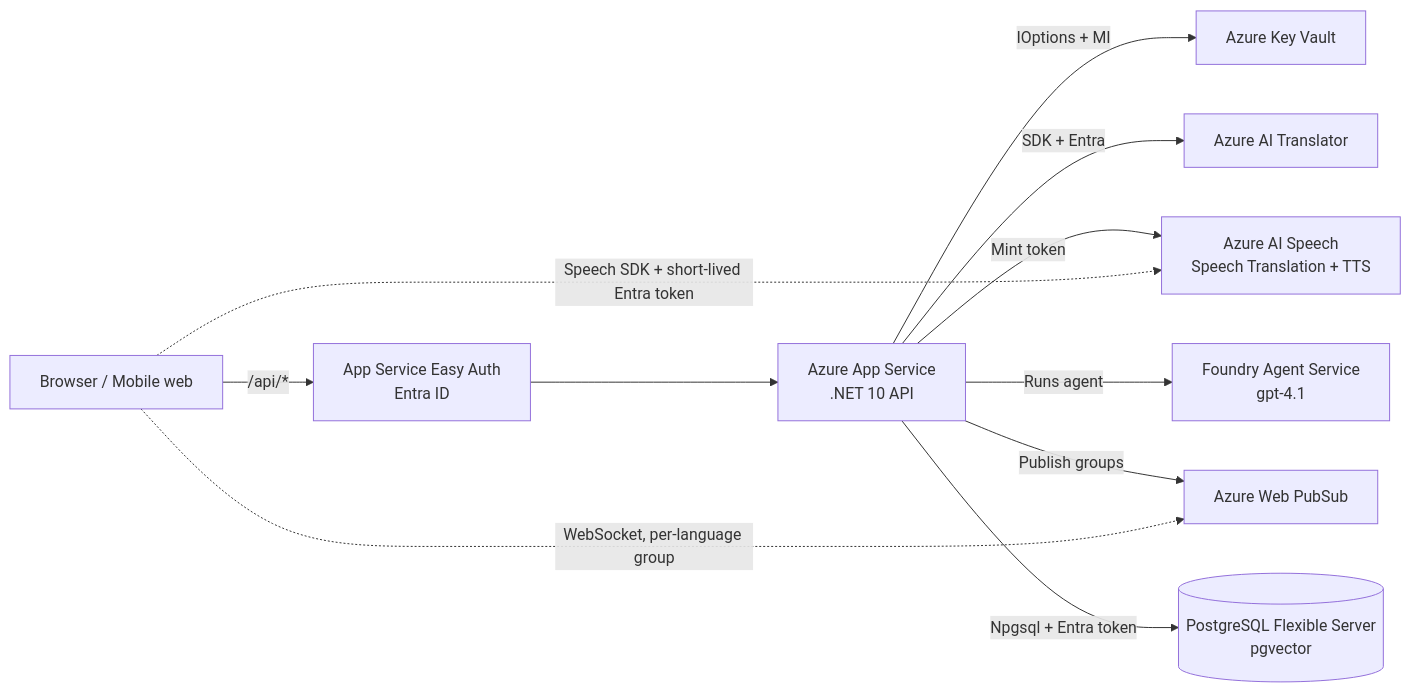
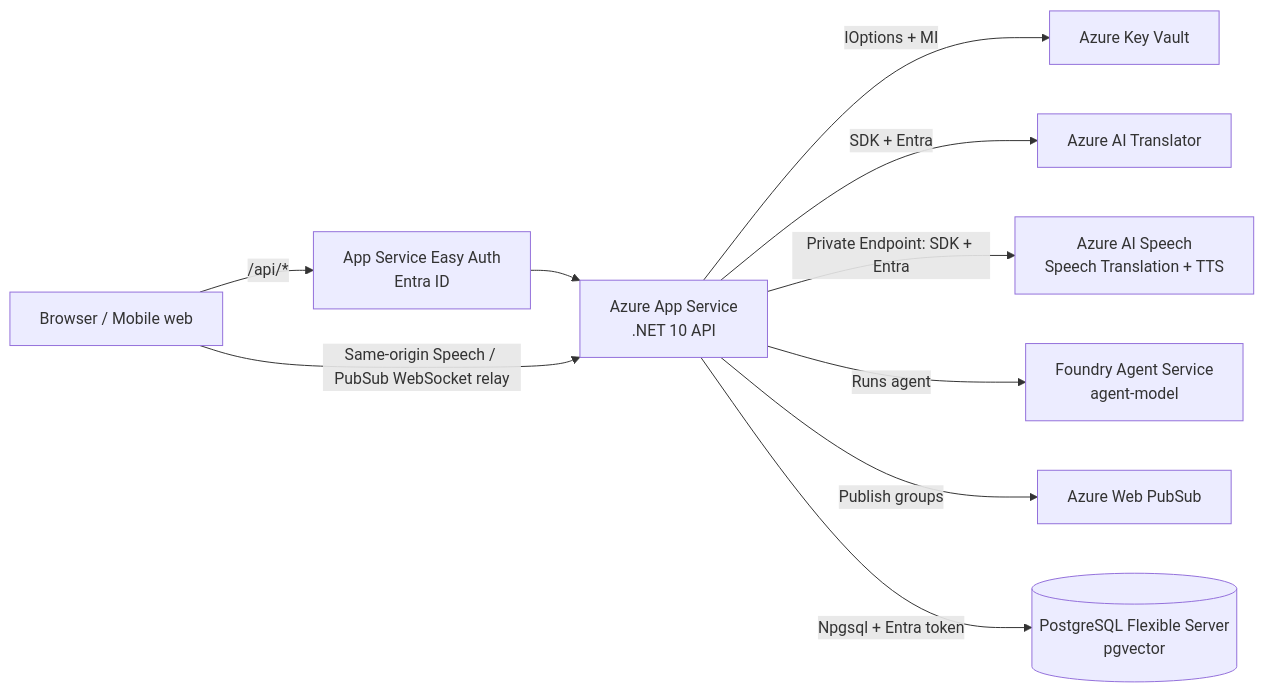
Before and after one commit to Azure-Samples/microsoft-foundry-basic: the diagram in README.md, drawn with Mermaid. The commit also changed other lines of this file and 36 other files, not shown here.

````diff
--- a/README.md
+++ b/README.md
@@ -13,22 +13,21 @@
 ```mermaid
 flowchart LR
   Client[Browser / Mobile web]
   EA[App Service Easy Auth<br/>Entra ID]
   API[Azure App Service<br/>.NET 10 API]
   T[Azure AI Translator]
   S[Azure AI Speech<br/>Speech Translation + TTS]
-  F[Foundry Agent Service<br/>gpt-4.1]
+  F[Foundry Agent Service<br/>agent-model]
   WPS[Azure Web PubSub]
   PG[(PostgreSQL Flexible Server<br/>pgvector)]
   KV[Azure Key Vault]
 
   Client -->|/api/*| EA --> API
   API -->|IOptions + MI| KV
   API -->|SDK + Entra| T
-  API -->|Mint token| S
+  API -->|Private Endpoint: SDK + Entra| S
   API -->|Runs agent| F
   API -->|Publish groups| WPS
   API -->|Npgsql + Entra token| PG
-  Client -.->|Speech SDK + short-lived Entra token| S
-  Client -.->|WebSocket, per-language group| WPS
+  Client -->|Same-origin Speech / PubSub WebSocket relay| API
 ```
````
